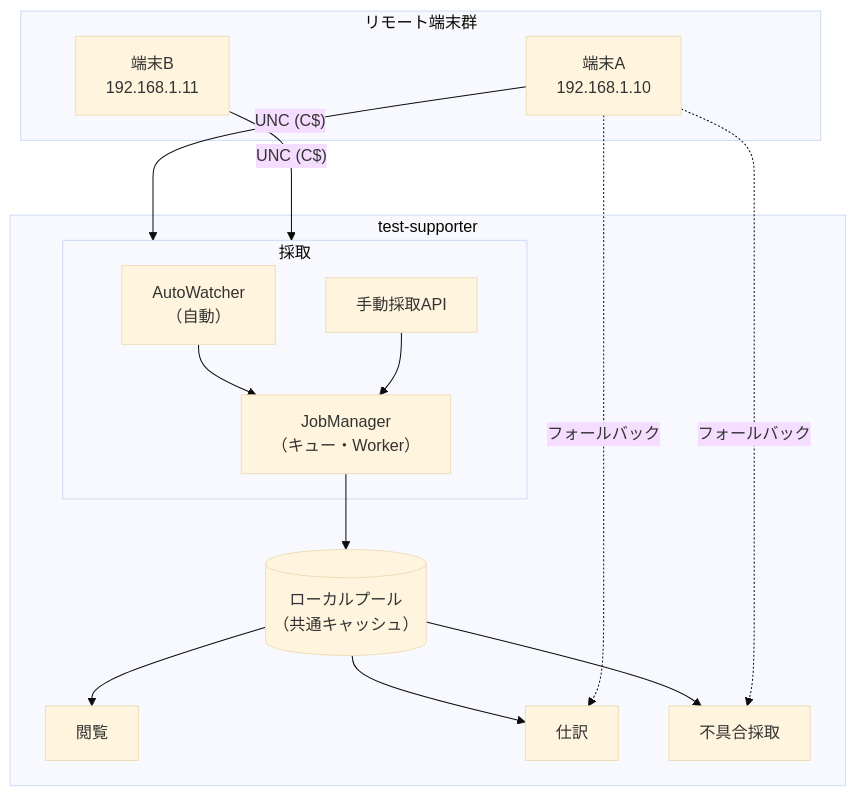
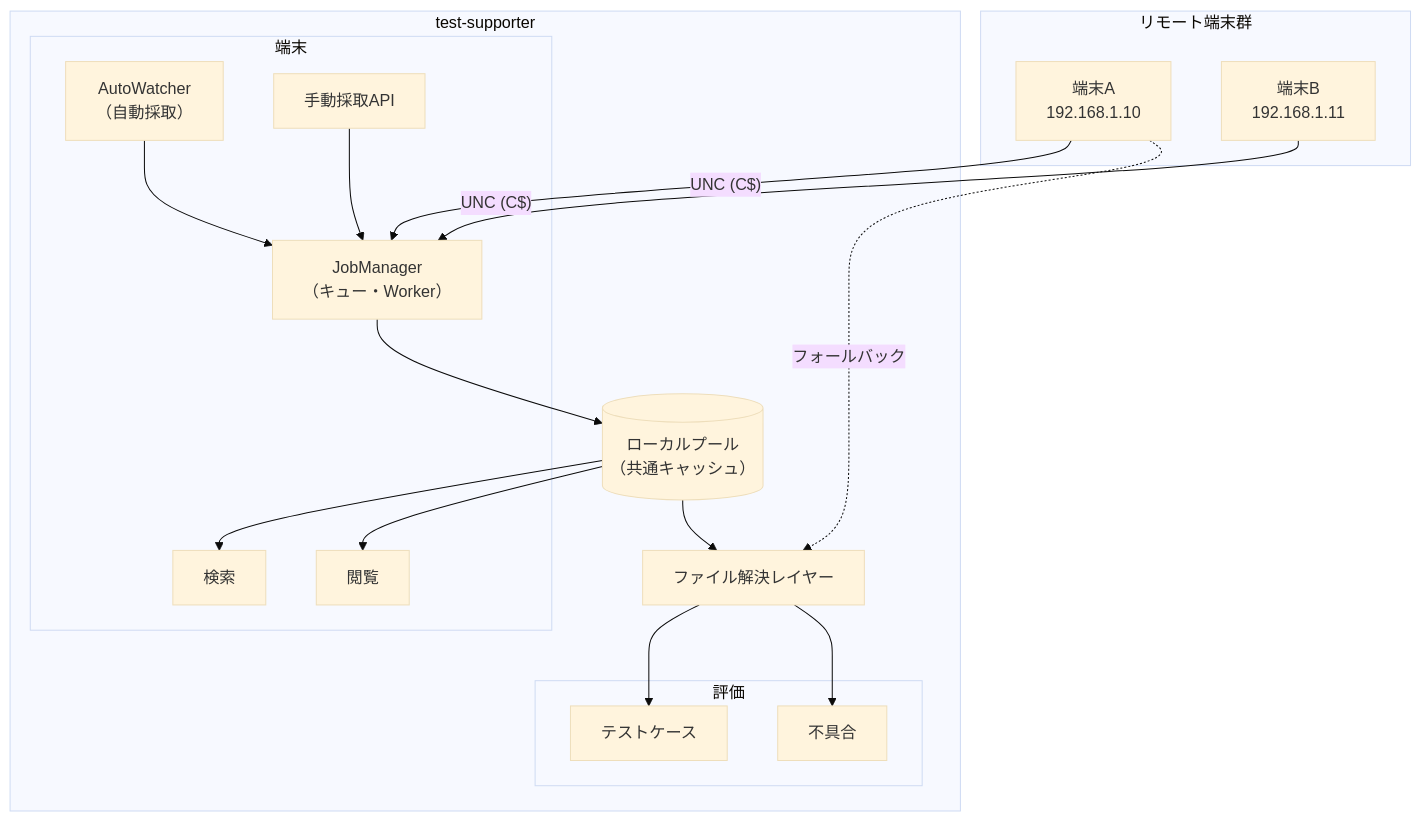
One commit to masakazu2025/test-supporter changed the diagram in docs/architecture.md. Above: the diagram before and after it, drawn with Mermaid (base theme). The commit also changed other lines of this file and 2 other files, not shown here.

Commit message:
docs: update architecture and add roadmap

````diff
--- a/docs/architecture.md
+++ b/docs/architecture.md
@@ -19,32 +43,37 @@
 ```mermaid
 graph TB
     subgraph Remote["リモート端末群"]
         T1["端末A\n192.168.1.10"]
         T2["端末B\n192.168.1.11"]
     end
 
     subgraph App["test-supporter"]
-        subgraph Collection["採取"]
-            AW["AutoWatcher\n（自動）"]
+        subgraph TerminalArea["端末"]
+            AW["AutoWatcher\n（自動採取）"]
             MA["手動採取API"]
             JM["JobManager\n（キュー・Worker）"]
+            Search["検索"]
+            View["閲覧"]
         end
 
         Pool[("ローカルプール\n（共通キャッシュ）")]
+        FR["ファイル解決レイヤー"]
 
-        Viewing["閲覧"]
-        Sorting["仕訳"]
-        Incident["不具合採取"]
+        subgraph EvalArea["評価"]
+            TC["テストケース"]
+            Defect["不具合"]
+        end
     end
 
-    T1 -- "UNC (C$)" --> Collection
-    T2 -- "UNC (C$)" --> Collection
+    T1 -- "UNC (C$)" --> JM
+    T2 -- "UNC (C$)" --> JM
     AW --> JM
     MA --> JM
     JM --> Pool
-    Pool --> Viewing
-    Pool --> Sorting
-    Pool --> Incident
-    T1 -. "フォールバック" .-> Sorting
-    T1 -. "フォールバック" .-> Incident
+    Pool --> Search
+    Pool --> View
+    Pool --> FR
+    T1 -. "フォールバック" .-> FR
+    FR --> TC
+    FR --> Defect
 ```
````
